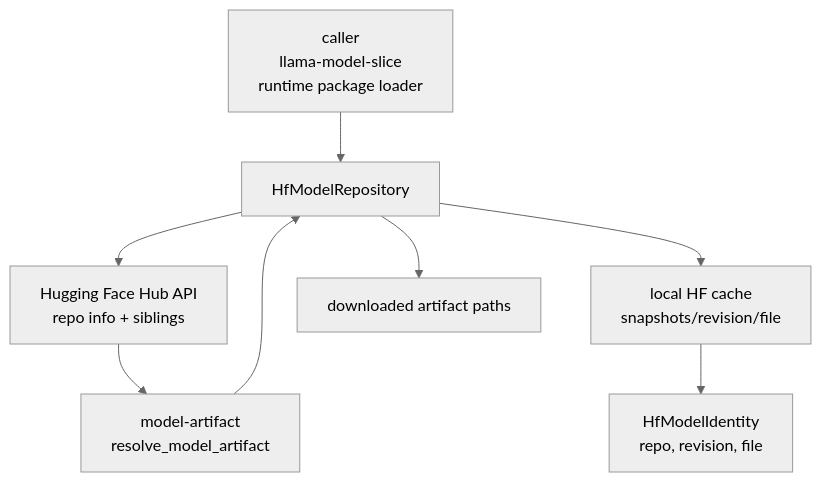
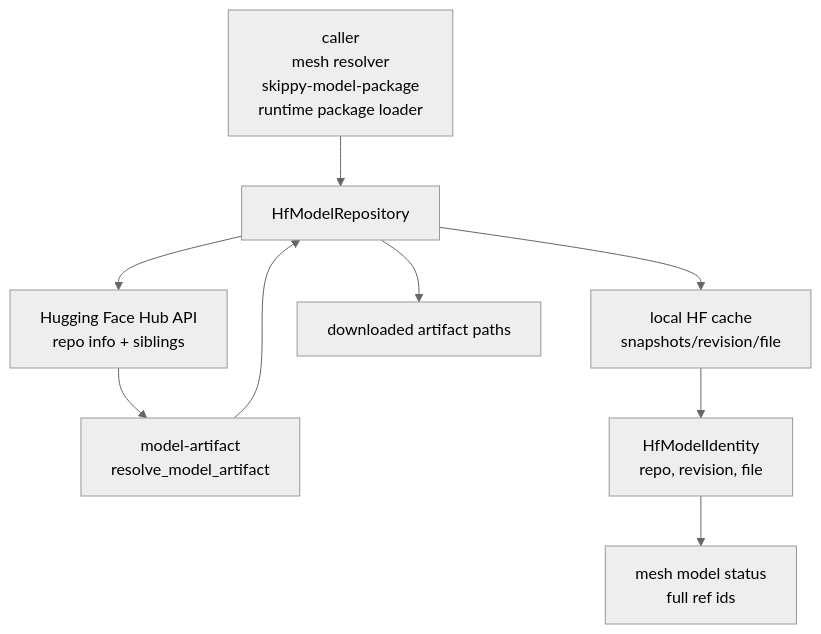
One commit to michaelneale/mesh-llm changed the diagram in crates/model-hf/README.md. Above: the diagram before and after it, drawn with Mermaid (neutral theme). The commit also changed other lines of this file and 16 other files, not shown here.

Commit message:
Refactor documentation across crates for mesh-driven architecture, OpenAI API integration, and staged runtime updates.

````diff
--- a/crates/model-hf/README.md
+++ b/crates/model-hf/README.md
@@ -16,10 +16,11 @@
 ```mermaid
 flowchart TB
-    C["caller<br/>llama-model-slice<br/>runtime package loader"] --> H["HfModelRepository"]
+    C["caller<br/>mesh resolver<br/>skippy-model-package<br/>runtime package loader"] --> H["HfModelRepository"]
     H --> API["Hugging Face Hub API<br/>repo info + siblings"]
     H --> Cache["local HF cache<br/>snapshots/revision/file"]
     API --> A["model-artifact<br/>resolve_model_artifact"]
     A --> H
     H --> D["downloaded artifact paths"]
     Cache --> I["HfModelIdentity<br/>repo, revision, file"]
+    I --> Mesh["mesh model status<br/>full ref ids"]
 ```
````
